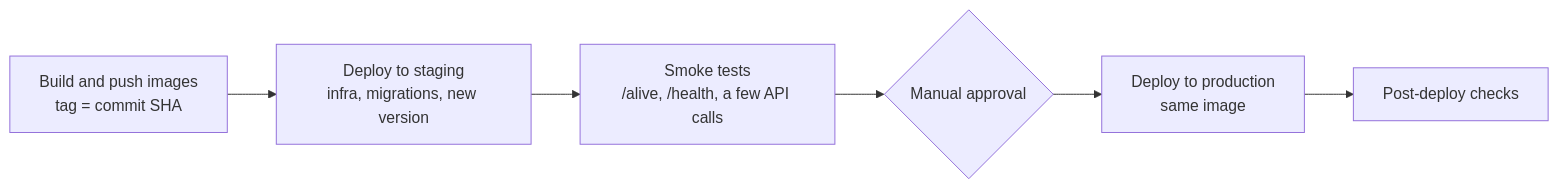
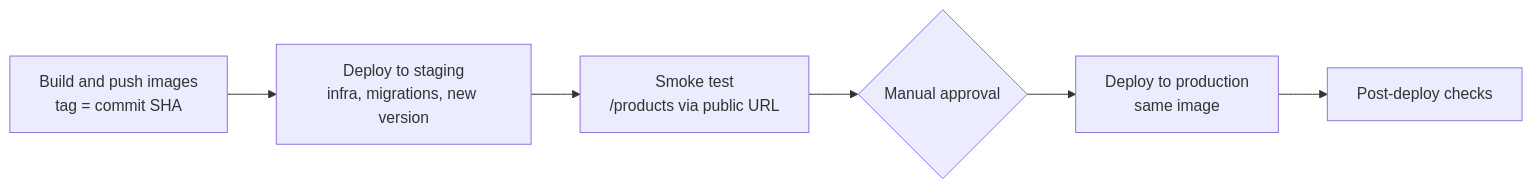
One commit to mgiuseppe/ProductApi_DotNet10 changed the diagram in docs/CICD.md. Above: the diagram before and after it, drawn with Mermaid. The commit also changed other lines of this file and 10 other files, not shown here.

````diff
--- a/docs/CICD.md
+++ b/docs/CICD.md
@@ -50,8 +68,8 @@
 ```mermaid
 flowchart LR
   A[Build and push images<br/>tag = commit SHA] --> B[Deploy to staging<br/>infra, migrations, new version]
-  B --> C[Smoke tests<br/>/alive, /health, a few API calls]
+  B --> C[Smoke test<br/>/products via public URL]
   C --> D{Manual approval}
   D --> E[Deploy to production<br/>same image]
   E --> F[Post-deploy checks]
 ```
````
